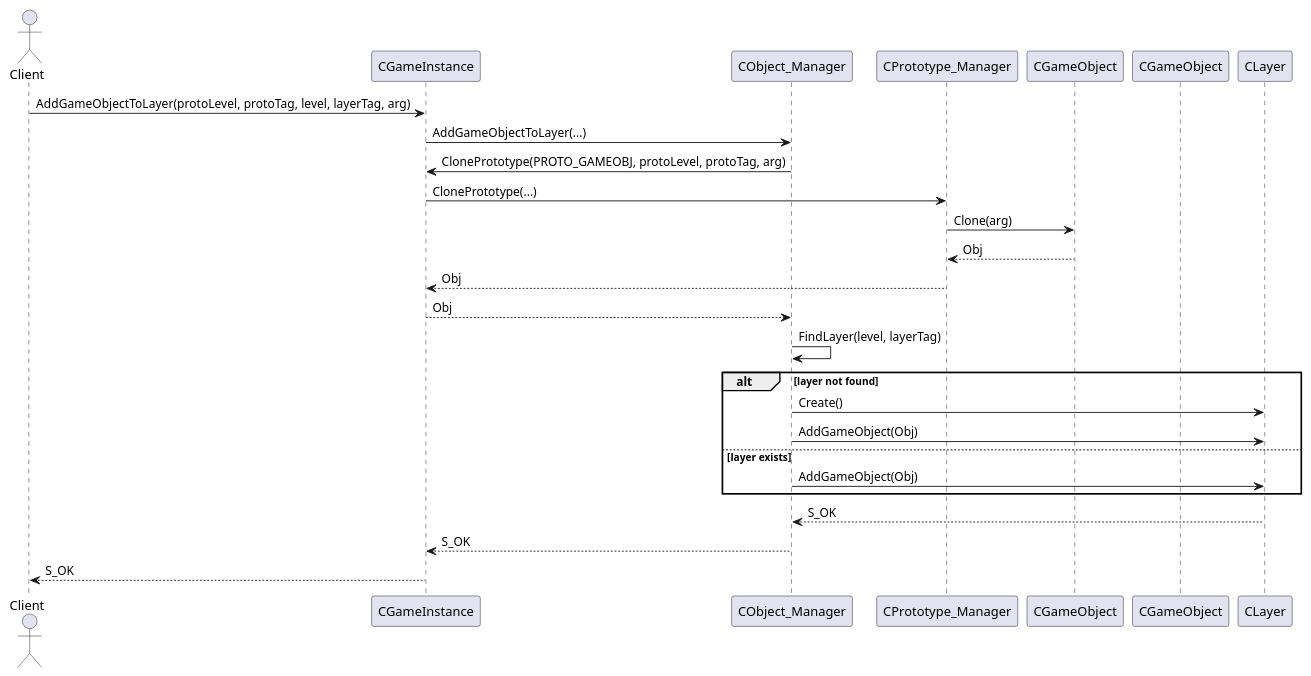
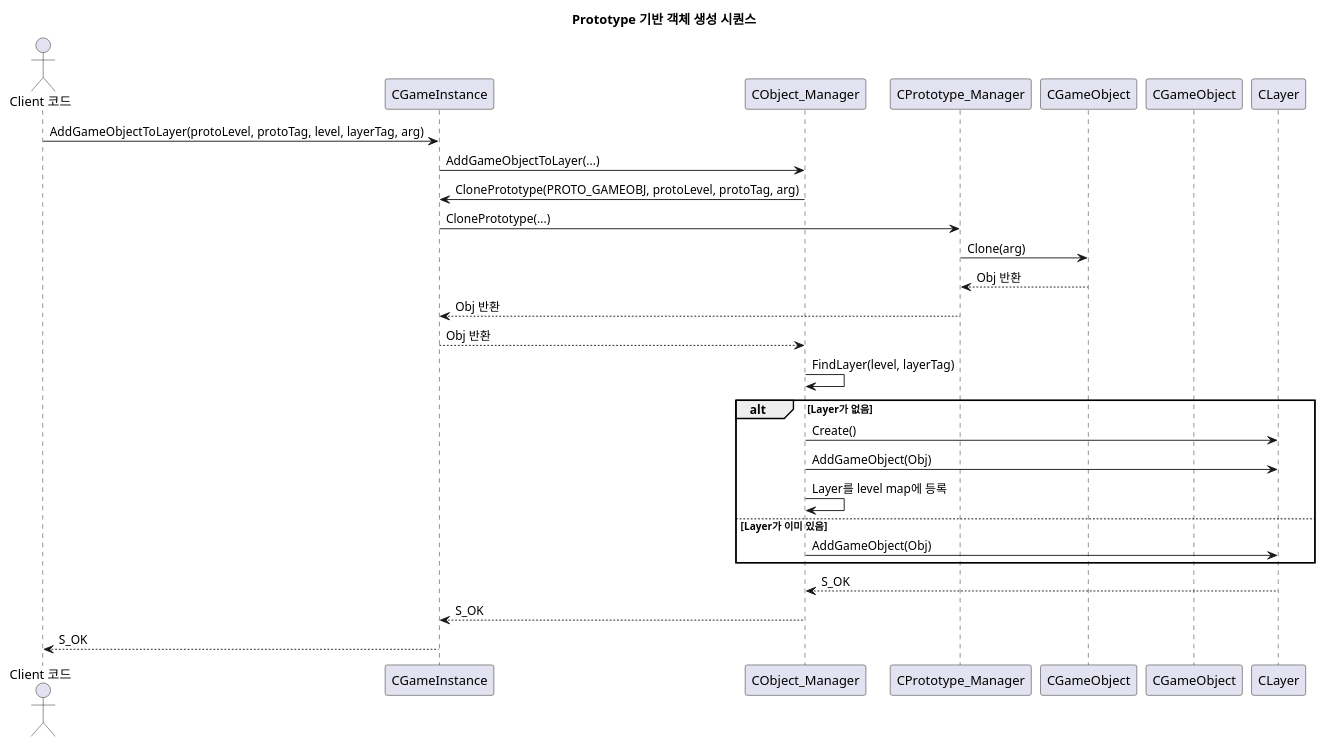
One commit to starkshn/md-docs changed the diagram in shared/uml/ObjectCreationSequence.puml. Above: the diagram before and after it, drawn with PlantUML. The commit also changed 24 other files, not shown here.

Commit message:
docs: localize PlantUML labels to Korean

```diff
--- a/shared/uml/ObjectCreationSequence.puml
+++ b/shared/uml/ObjectCreationSequence.puml
@@ -1,28 +1,31 @@
 @startuml
-actor Client
+title Prototype 기반 객체 생성 시퀀스
+
+actor Client as "Client 코드"
 participant CGameInstance as GI
 participant CObject_Manager as OM
 participant CPrototype_Manager as PM
 participant CGameObject as ProtoObj
 participant CGameObject as Obj
 participant CLayer as Layer
 
 Client -> GI : AddGameObjectToLayer(protoLevel, protoTag, level, layerTag, arg)
 GI -> OM : AddGameObjectToLayer(...)
 OM -> GI : ClonePrototype(PROTO_GAMEOBJ, protoLevel, protoTag, arg)
 GI -> PM : ClonePrototype(...)
 PM -> ProtoObj : Clone(arg)
-ProtoObj --> PM : Obj
-PM --> GI : Obj
-GI --> OM : Obj
+ProtoObj --> PM : Obj 반환
+PM --> GI : Obj 반환
+GI --> OM : Obj 반환
 OM -> OM : FindLayer(level, layerTag)
-alt layer not found
+alt Layer가 없음
   OM -> Layer : Create()
   OM -> Layer : AddGameObject(Obj)
-else layer exists
+  OM -> OM : Layer를 level map에 등록
+else Layer가 이미 있음
   OM -> Layer : AddGameObject(Obj)
 end
 Layer --> OM : S_OK
 OM --> GI : S_OK
 GI --> Client : S_OK
 @enduml
```
